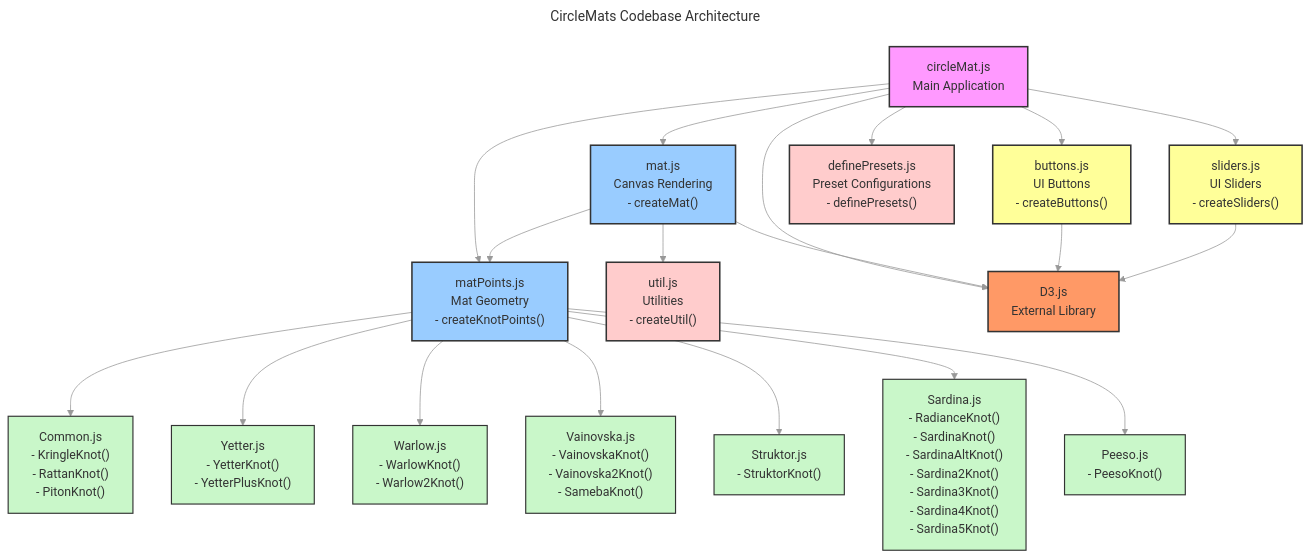
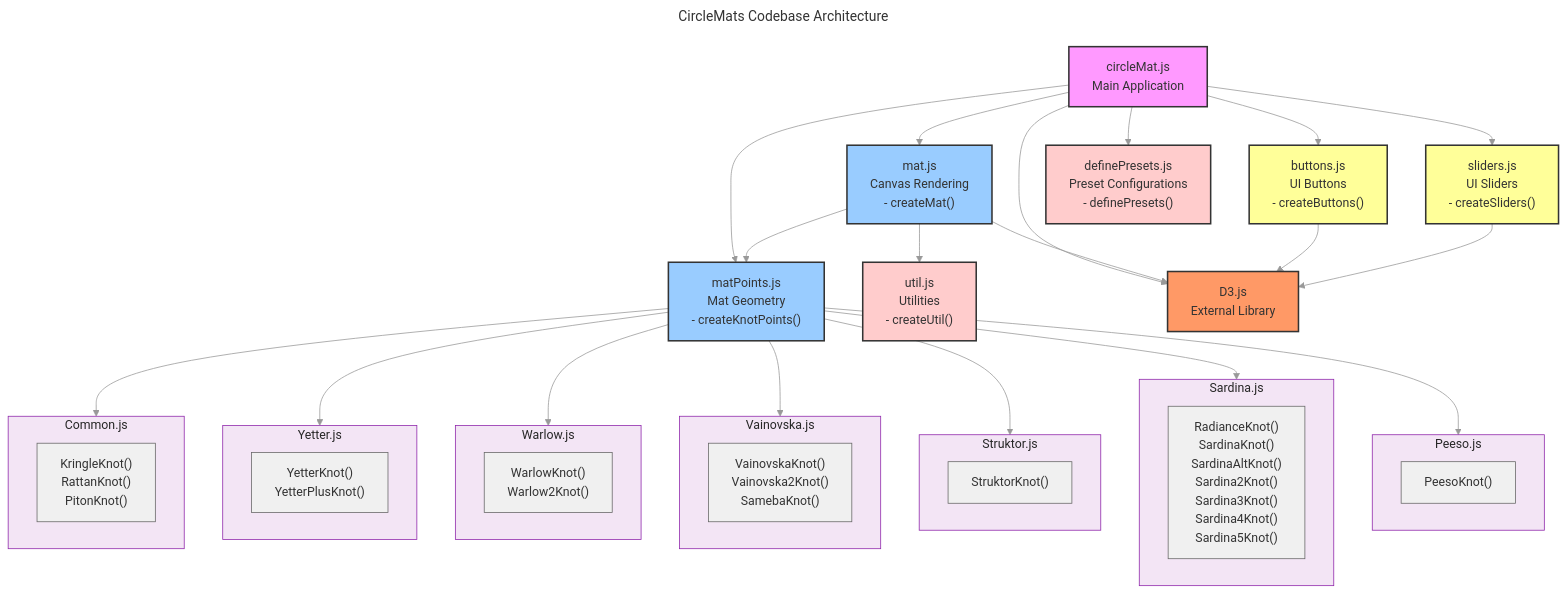
The diagram in code-relationships.mmd (Scott-Y-Hall/CircleMats), drawn with Mermaid before and after one commit.

Commit message:
update mmd colors

```diff
--- a/code-relationships.mmd
+++ b/code-relationships.mmd
@@ -1,70 +1,96 @@
 ---
 title: CircleMats Codebase Architecture
 description: Visualization of module relationships and dependencies in the CircleMats project.
 ---
 
 %%{init: {'theme': 'base', 'themeVariables': { 'primaryColor': '#f0f0f0', 'primaryTextColor': '#333', 'primaryBorderColor': '#666', 'lineColor': '#999', 'secondaryColor': '#e6e6e6', 'tertiaryColor': '#d9d9d9'}}}%%
 
 graph TD
     %% Main Application File
     circleMat["circleMat.js<br/>Main Application"]
     
     %% Core Modules
     mat["mat.js<br/>Canvas Rendering<br/>- createMat()"]
     matPoints["matPoints.js<br/>Mat Geometry<br/>- createKnotPoints()"]
     
     %% UI Components
     buttons["buttons.js<br/>UI Buttons<br/>- createButtons()"]
     sliders["sliders.js<br/>UI Sliders<br/>- createSliders()"]
     
     %% Knot Types
-    Common["Common.js<br/>- KringleKnot()<br/>- RattanKnot()<br/>- PitonKnot()"]
-    Yetter["Yetter.js<br/>- YetterKnot()<br/>- YetterPlusKnot()"]
-    Warlow["Warlow.js<br/>- WarlowKnot()<br/>- Warlow2Knot()"]
-    Vainovska["Vainovska.js<br/>- VainovskaKnot()<br/>- Vainovska2Knot()<br/>- SamebaKnot()"]
-    Struktor["Struktor.js<br/>- StruktorKnot()"]
-    Sardina["Sardina.js<br/>- RadianceKnot()<br/>- SardinaKnot()<br/>- SardinaAltKnot()<br/>- Sardina2Knot()<br/>- Sardina3Knot()<br/>- Sardina4Knot()<br/>- Sardina5Knot()"]
-    Peeso["Peeso.js<br/>- PeesoKnot()"]
+    subgraph CommonSG[Common.js]
+        Common["KringleKnot()<br/>RattanKnot()<br/>PitonKnot()"]
+    end
+    
+    subgraph YetterSG[Yetter.js]
+        Yetter["YetterKnot()<br/>YetterPlusKnot()"]
+    end
+    
+    subgraph WarlowSG[Warlow.js]
+        Warlow["WarlowKnot()<br/>Warlow2Knot()"]
+    end
+    
+    subgraph VainovskaSG[Vainovska.js]
+        Vainovska["VainovskaKnot()<br/>Vainovska2Knot()<br/>SamebaKnot()"]
+    end
+    
+    subgraph StruktorSG[Struktor.js]
+        Struktor["StruktorKnot()"]
+    end
+    
+    subgraph SardinaSG[Sardina.js]
+        Sardina["RadianceKnot()<br/>SardinaKnot()<br/>SardinaAltKnot()<br/>Sardina2Knot()<br/>Sardina3Knot()<br/>Sardina4Knot()<br/>Sardina5Knot()"]
+    end
+    
+    subgraph PeesoSG[Peeso.js]
+        Peeso["PeesoKnot()"]
+    end
     
     %% Utility
     util["util.js<br/>Utilities<br/>- createUtil()"]
     definePresets["definePresets.js<br/>Preset Configurations<br/>- definePresets()"]
     
     %% D3.js Dependency
     D3["D3.js<br/>External Library"]
     
     %% Relationships
     circleMat --> D3
     circleMat --> mat
     circleMat --> matPoints
     circleMat --> buttons
     circleMat --> sliders
     circleMat --> definePresets
     
     mat --> matPoints
     mat --> util
     mat --> D3
     
     buttons --> D3
     sliders --> D3
-    matPoints --> Common
-    matPoints --> Yetter
-    matPoints --> Warlow
-    matPoints --> Vainovska
-    matPoints --> Struktor
-    matPoints --> Sardina
-    matPoints --> Peeso
+    matPoints --> CommonSG
+    matPoints --> YetterSG
+    matPoints --> WarlowSG
+    matPoints --> VainovskaSG
+    matPoints --> StruktorSG
+    matPoints --> SardinaSG
+    matPoints --> PeesoSG
     
+    %% Style Definitions
     classDef app fill:#f9f,stroke:#333,stroke-width:2px
     classDef core fill:#9cf,stroke:#333,stroke-width:2px
     classDef ui fill:#ff9,stroke:#333,stroke-width:2px
-    classDef knot fill:#c9f7c9,stroke:#333,stroke-width:1.5px
     classDef util fill:#fcc,stroke:#333,stroke-width:2px
     classDef ext fill:#f96,stroke:#333,stroke-width:2px
+
+    %% Knot Subgraph Style - Single style for all knot subgraphs
+    classDef knot fill:#f3e5f5,stroke:#8e24aa,stroke-width:2px  %% Light Purple
     
+    %% Apply Styles
     class circleMat app
     class mat,matPoints core
     class buttons,sliders ui
-    class Common,Yetter,Warlow,Vainovska,Struktor,Sardina,Peeso knot
     class util,definePresets util
     class D3 ext
+    
+    %% Apply Knot Subgraph Style
+    class CommonSG,YetterSG,WarlowSG,VainovskaSG,StruktorSG,SardinaSG,PeesoSG knot
```
